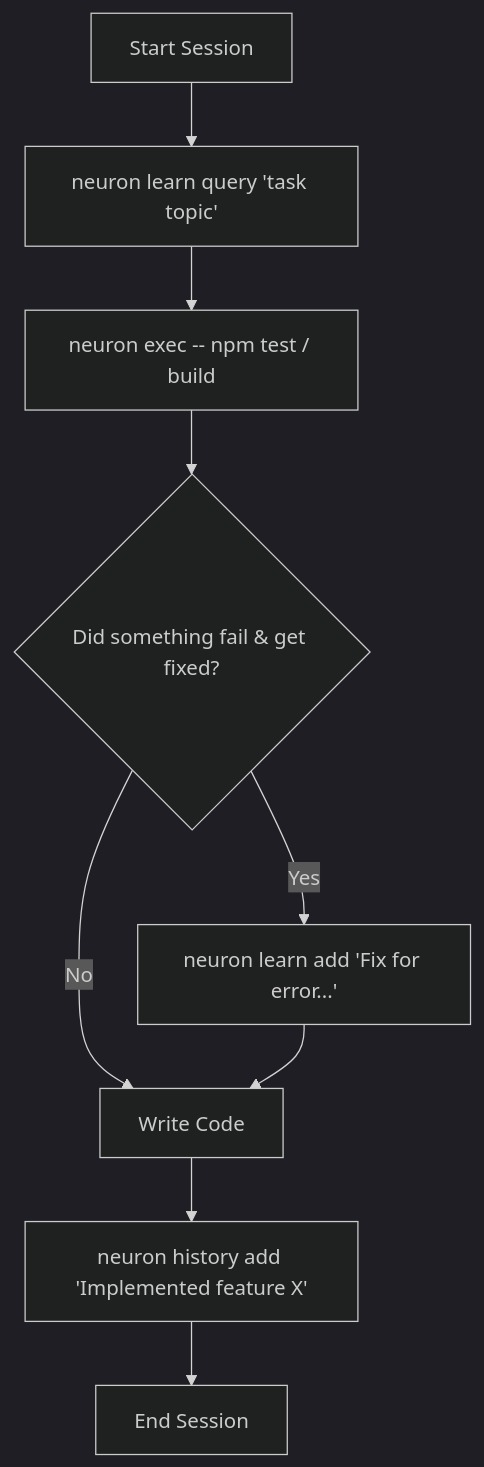
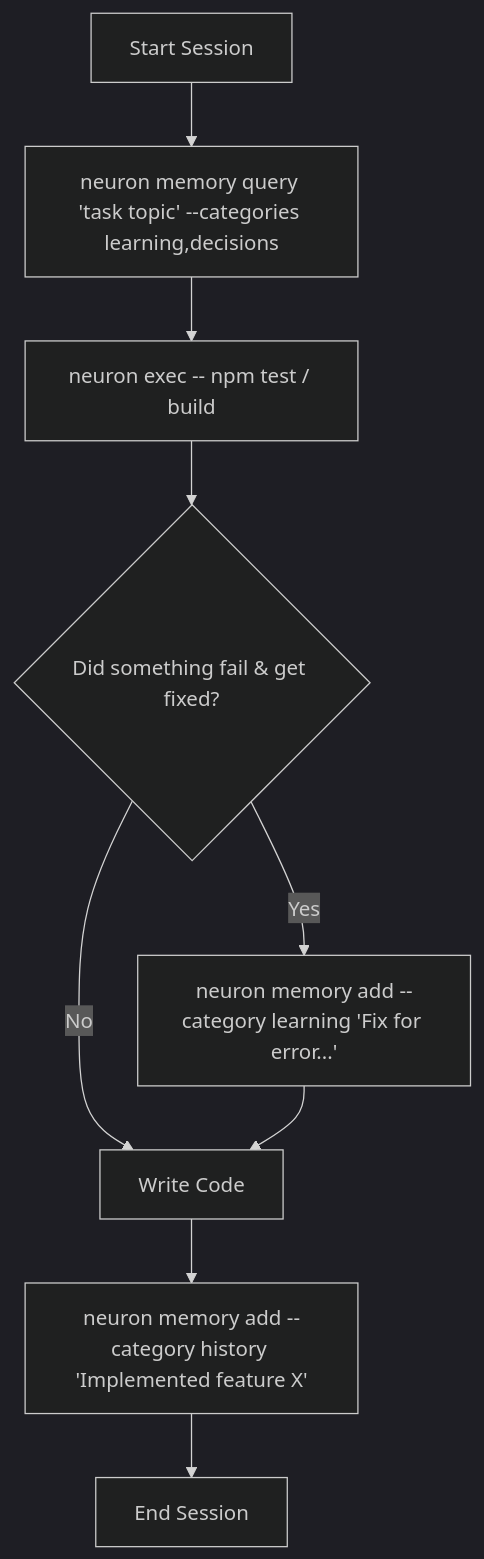
The diagram in README.md (kovartravis/neuron), drawn with Mermaid (dark theme) before and after one commit. The commit also changed other lines of this file and 31 other files, not shown here.

Commit message:
feat: Add neuron.yaml configuration, unified memories SQLite table v5, and N dynamic categories support (v2.0.0-rc1)

````diff
--- a/README.md
+++ b/README.md
@@ -63,11 +115,11 @@
 ```mermaid
 graph TD
-    A[Start Session] --> B["neuron learn query 'task topic'"]
+    A[Start Session] --> B["neuron memory query 'task topic' --categories learning,decisions"]
     B --> C["neuron exec -- npm test / build"]
     C --> D{Did something fail & get fixed?}
-    D -- Yes --> E["neuron learn add 'Fix for error...'"]
+    D -- Yes --> E["neuron memory add --category learning 'Fix for error...'"]
     D -- No --> F[Write Code]
     E --> F
-    F --> G["neuron history add 'Implemented feature X'"]
+    F --> G["neuron memory add --category history 'Implemented feature X'"]
     G --> H[End Session]
 ```
````
